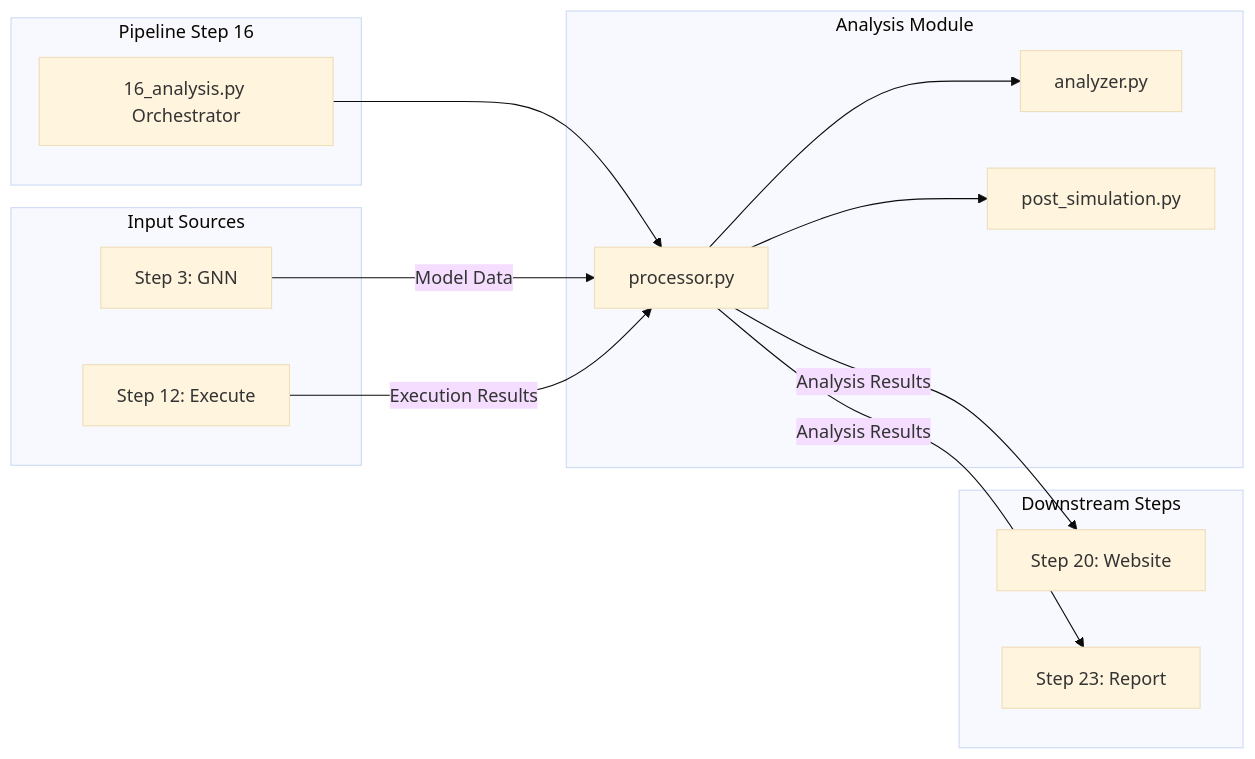
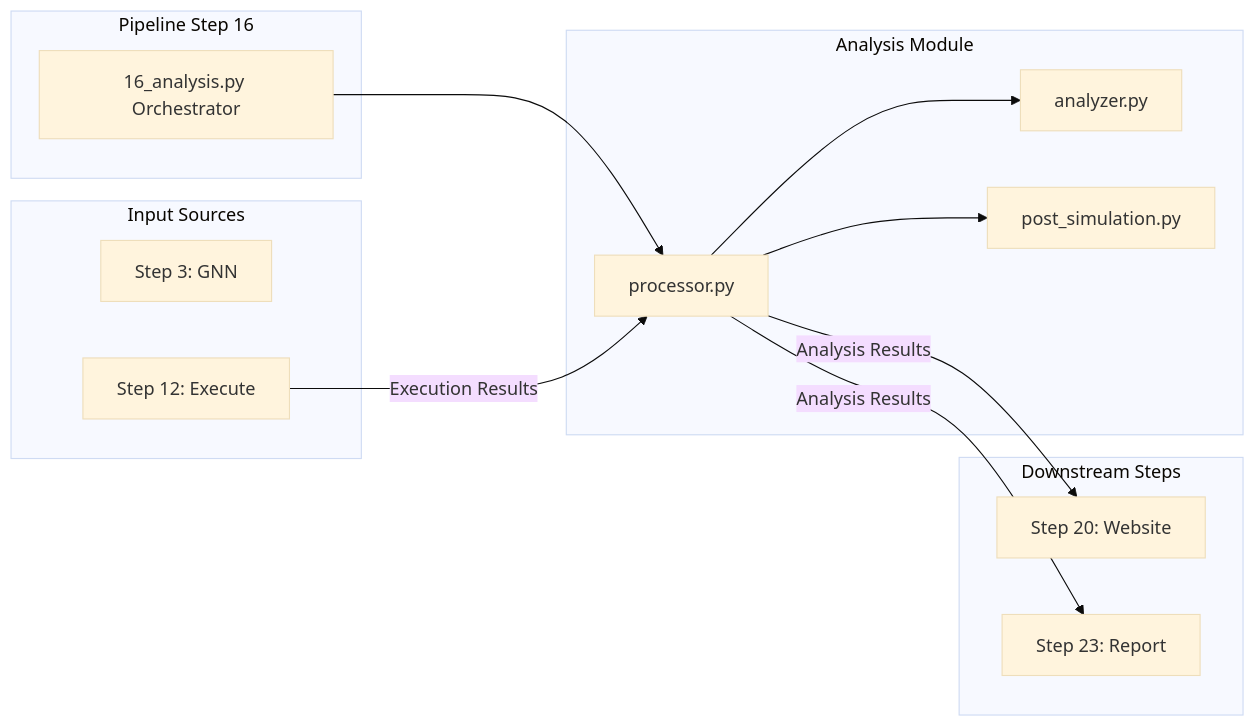
One commit to ActiveInferenceInstitute/GeneralizedNotationNotation changed the second of 3 diagrams in src/gnn/analysis/README.md. Above: the diagram before and after it, drawn with Mermaid (base theme). The commit also changed 29 other files, not shown here.

First line of the commit message:
docs: correct pipeline data-dependency graphs to runtime artifact flow

````diff
--- a/src/gnn/analysis/README.md
+++ b/src/gnn/analysis/README.md
@@ -78,30 +78,29 @@
 ```mermaid
 flowchart LR
     subgraph "Pipeline Step 16"
         Step16[16_analysis.py Orchestrator]
     end
     
     subgraph "Analysis Module"
         Processor[processor.py]
         Analyzer[analyzer.py]
         PostSim[post_simulation.py]
     end
     
     subgraph "Input Sources"
         Step3[Step 3: GNN]
         Step12[Step 12: Execute]
     end
     
     subgraph "Downstream Steps"
         Step20[Step 20: Website]
         Step23[Step 23: Report]
     end
     Step16 --> Processor
     Processor --> Analyzer
     Processor --> PostSim
     
-    Step3 -->|Model Data| Processor
     Step12 -->|Execution Results| Processor
     Processor -->|Analysis Results| Step20
     Processor -->|Analysis Results| Step23
 ```
````
